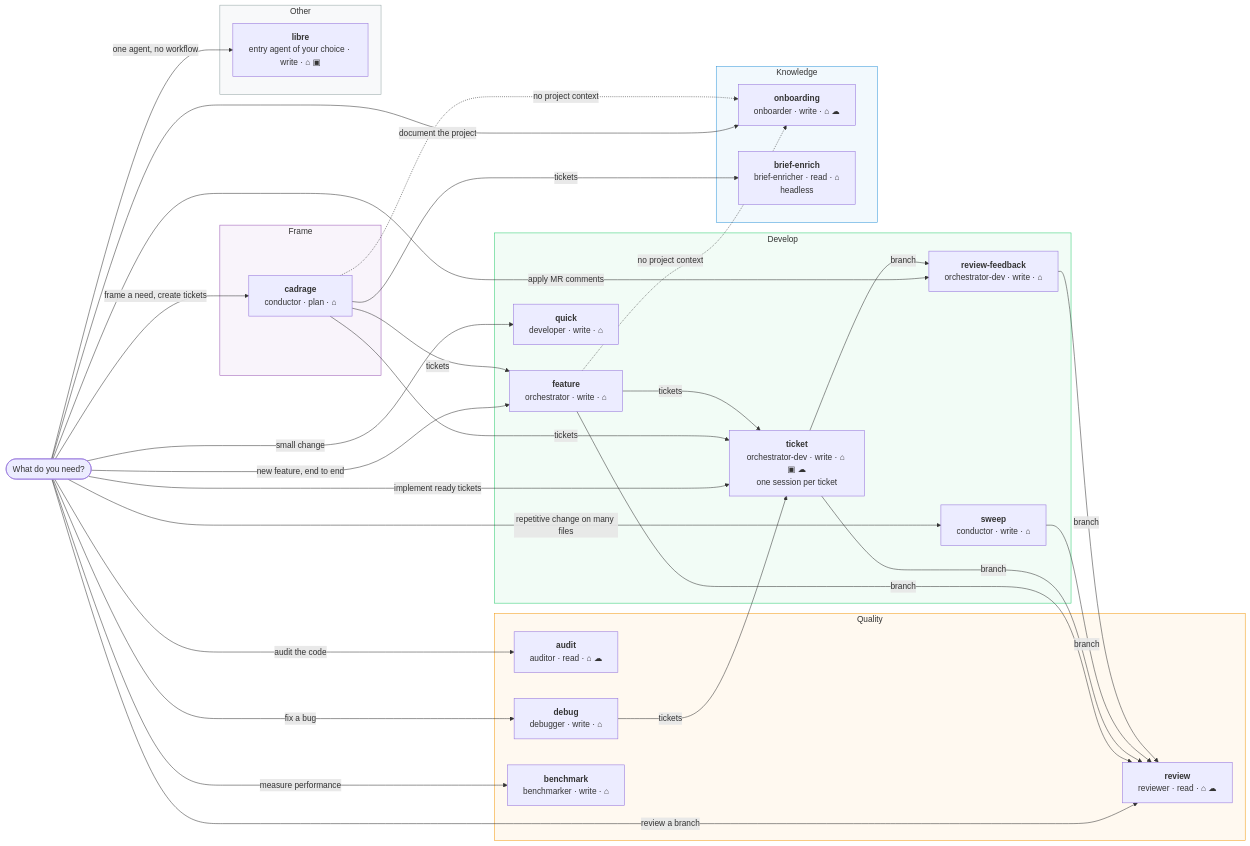
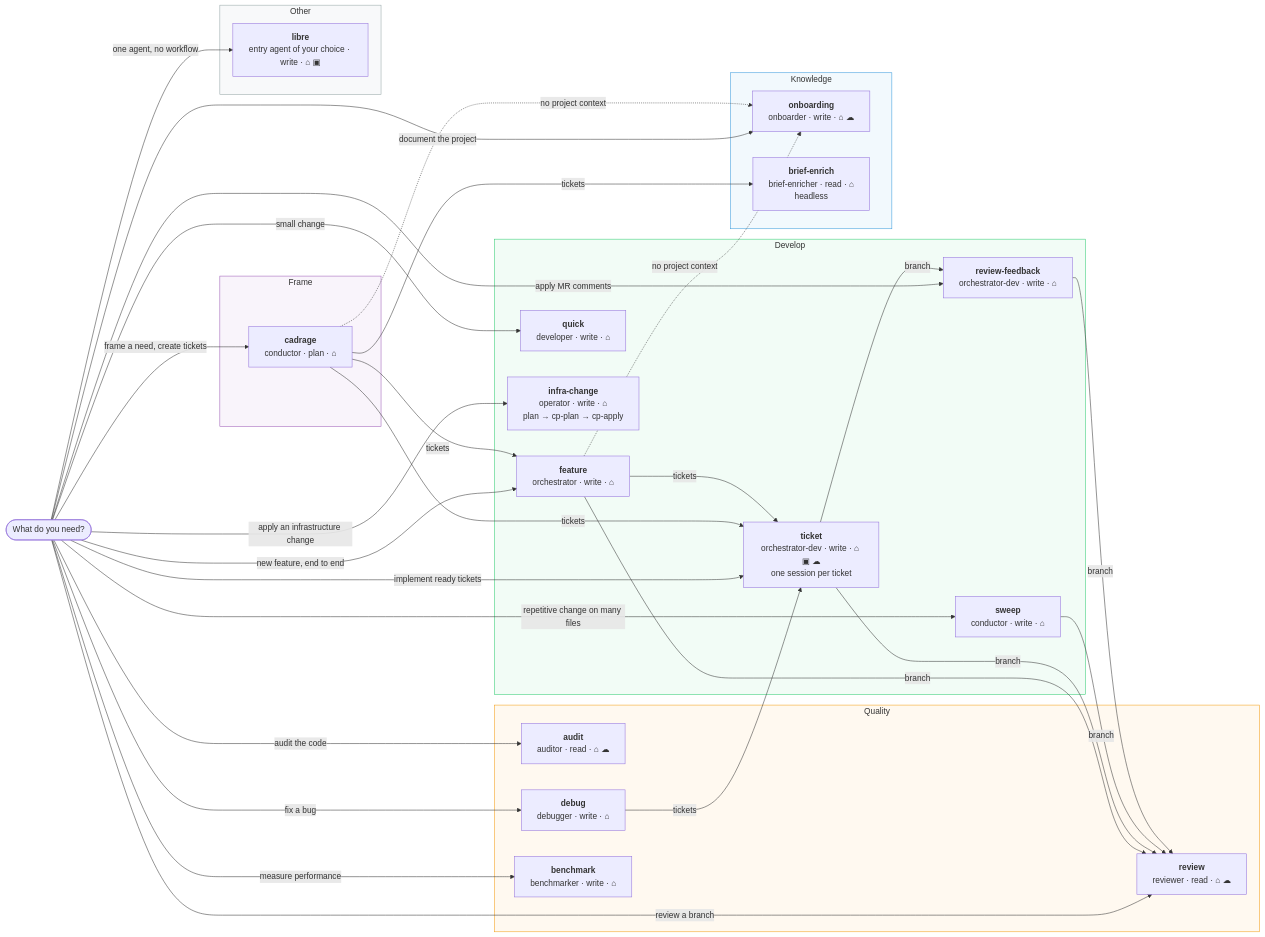
Before and after one commit to datichb/openhub: the diagram in docs/diagrams/workflow-scenarios-map.mermaid, drawn with Mermaid. The commit also changed 3 other files, not shown here.

Commit message:
docs(diagrams): workflow scenarios map with infra-change (14 workflows), agent hierarchy with a one-agent developer family, SVGs regenerated (consolidation C2)

```diff
--- a/docs/diagrams/workflow-scenarios-map.mermaid
+++ b/docs/diagrams/workflow-scenarios-map.mermaid
@@ -1,70 +1,72 @@
 %% OpenHub -- Workflow scenarios map (v5)
-%% "What do you need?" -> one of the 13 workflows shipped by the hub
+%% "What do you need?" -> one of the 14 workflows shipped by the hub
 %% (workflows/*.yaml), grouped by category, with their entry agent, risk and
 %% allowed runtimes (⌂ local, ▣ container, ☁ remote).
 %% Solid arrows: "Chain with…" suggestions at the end of a session (a typed output
 %% feeds an input of the next workflow: branch → branch, beads-ids → beads-id(s)).
 %% Dotted arrows: preconditions (missing project context → run onboarding first, then resume).
 
 flowchart LR
     Start(["What do you need?"])
     Start -->|"frame a need, create tickets"| CAD
     Start -->|"new feature, end to end"| FEAT
     Start -->|"implement ready tickets"| TICK
     Start -->|"small change"| QUICK
     Start -->|"repetitive change on many files"| SWEEP
+    Start -->|"apply an infrastructure change"| INFRA
     Start -->|"apply MR comments"| RF
     Start -->|"review a branch"| REV
     Start -->|"audit the code"| AUD
     Start -->|"fix a bug"| DBG
     Start -->|"measure performance"| BENCH
     Start -->|"document the project"| ONB
     Start -->|"one agent, no workflow"| LIB
 
     subgraph FRAME ["Frame"]
         CAD["<b>cadrage</b><br/>conductor · plan · ⌂"]
     end
 
     subgraph DEVELOP ["Develop"]
         FEAT["<b>feature</b><br/>orchestrator · write · ⌂"]
         TICK["<b>ticket</b><br/>orchestrator-dev · write · ⌂ ▣ ☁<br/>one session per ticket"]
         QUICK["<b>quick</b><br/>developer · write · ⌂"]
         SWEEP["<b>sweep</b><br/>conductor · write · ⌂"]
+        INFRA["<b>infra-change</b><br/>operator · write · ⌂<br/>plan → cp-plan → cp-apply"]
         RF["<b>review-feedback</b><br/>orchestrator-dev · write · ⌂"]
     end
 
     subgraph QUALITY ["Quality"]
         REV["<b>review</b><br/>reviewer · read · ⌂ ☁"]
         AUD["<b>audit</b><br/>auditor · read · ⌂ ☁"]
         DBG["<b>debug</b><br/>debugger · write · ⌂"]
         BENCH["<b>benchmark</b><br/>benchmarker · write · ⌂"]
     end
 
     subgraph KNOWLEDGE ["Knowledge"]
         ONB["<b>onboarding</b><br/>onboarder · write · ⌂ ☁"]
         BRF["<b>brief-enrich</b><br/>brief-enricher · read · ⌂<br/>headless"]
     end
 
     subgraph OTHER ["Other"]
         LIB["<b>libre</b><br/>entry agent of your choice · write · ⌂ ▣"]
     end
 
     CAD -->|"tickets"| TICK
     CAD -->|"tickets"| FEAT
     CAD -->|"tickets"| BRF
     FEAT -->|"branch"| REV
     FEAT -->|"tickets"| TICK
     TICK -->|"branch"| REV
     TICK -->|"branch"| RF
     SWEEP -->|"branch"| REV
     RF -->|"branch"| REV
     DBG -->|"tickets"| TICK
 
     FEAT -.->|"no project context"| ONB
     CAD -.->|"no project context"| ONB
 
     style FRAME fill:#9b59b610,stroke:#9b59b6
     style DEVELOP fill:#2ecc7110,stroke:#2ecc71
     style QUALITY fill:#f39c1210,stroke:#f39c12
     style KNOWLEDGE fill:#3498db10,stroke:#3498db
     style OTHER fill:#95a5a610,stroke:#95a5a6
```
